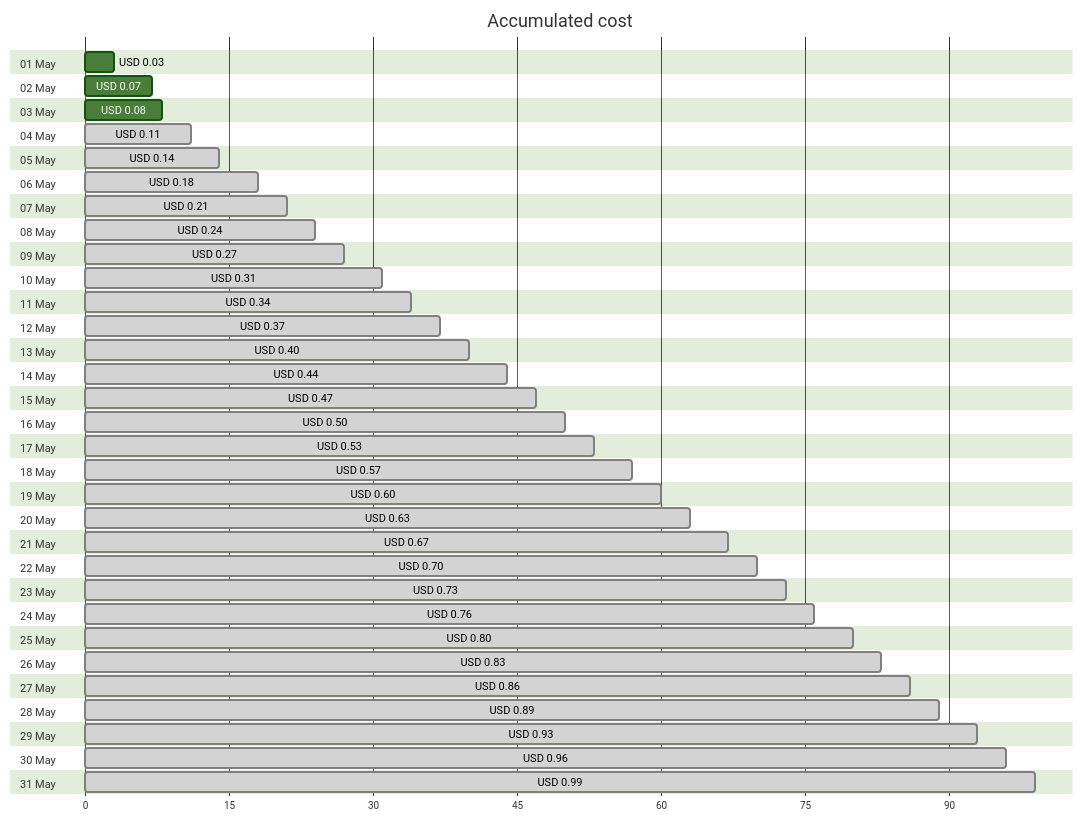
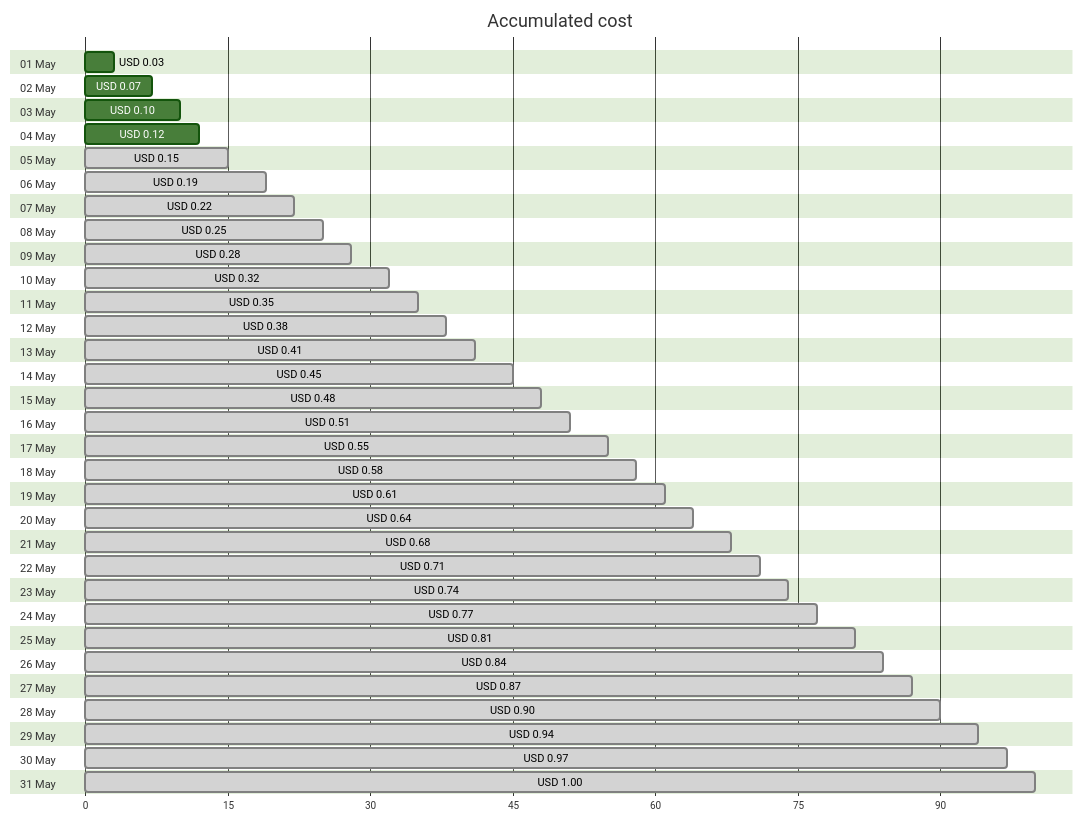
One commit to jpfulton/azure-personal-reports changed the first of 4 diagrams in cost-reports/personal-dns/README.md. Above: the diagram before and after it, drawn with Mermaid (forest theme). The commit also changed other lines of this file and 2 other files, not shown here.

Commit message:
Generated reports [skip ci]

````diff
--- a/cost-reports/personal-dns/README.md
+++ b/cost-reports/personal-dns/README.md
@@ -20,68 +20,68 @@
 ```mermaid
 gantt
    title Accumulated cost
    dateFormat  X
    axisFormat %s
    section 01 May
    USD 0.03 :0, 3
    section 02 May
    USD 0.07 :0, 7
    section 03 May
-   USD 0.08 :0, 8
+   USD 0.10 :0, 10
    section 04 May
-   USD 0.11 : done, 0, 11
+   USD 0.12 :0, 12
    section 05 May
-   USD 0.14 : done, 0, 14
+   USD 0.15 : done, 0, 15
    section 06 May
-   USD 0.18 : done, 0, 18
+   USD 0.19 : done, 0, 19
    section 07 May
-   USD 0.21 : done, 0, 21
+   USD 0.22 : done, 0, 22
    section 08 May
-   USD 0.24 : done, 0, 24
+   USD 0.25 : done, 0, 25
    section 09 May
-   USD 0.27 : done, 0, 27
+   USD 0.28 : done, 0, 28
    section 10 May
-   USD 0.31 : done, 0, 31
+   USD 0.32 : done, 0, 32
    section 11 May
-   USD 0.34 : done, 0, 34
+   USD 0.35 : done, 0, 35
    section 12 May
-   USD 0.37 : done, 0, 37
+   USD 0.38 : done, 0, 38
    section 13 May
-   USD 0.40 : done, 0, 40
+   USD 0.41 : done, 0, 41
    section 14 May
-   USD 0.44 : done, 0, 44
+   USD 0.45 : done, 0, 45
    section 15 May
-   USD 0.47 : done, 0, 47
+   USD 0.48 : done, 0, 48
    section 16 May
-   USD 0.50 : done, 0, 50
+   USD 0.51 : done, 0, 51
    section 17 May
-   USD 0.53 : done, 0, 53
+   USD 0.55 : done, 0, 55
    section 18 May
-   USD 0.57 : done, 0, 57
+   USD 0.58 : done, 0, 58
    section 19 May
-   USD 0.60 : done, 0, 60
+   USD 0.61 : done, 0, 61
    section 20 May
-   USD 0.63 : done, 0, 63
+   USD 0.64 : done, 0, 64
    section 21 May
-   USD 0.67 : done, 0, 67
+   USD 0.68 : done, 0, 68
    section 22 May
-   USD 0.70 : done, 0, 70
+   USD 0.71 : done, 0, 71
    section 23 May
-   USD 0.73 : done, 0, 73
+   USD 0.74 : done, 0, 74
    section 24 May
-   USD 0.76 : done, 0, 76
+   USD 0.77 : done, 0, 77
    section 25 May
-   USD 0.80 : done, 0, 80
+   USD 0.81 : done, 0, 81
    section 26 May
-   USD 0.83 : done, 0, 83
+   USD 0.84 : done, 0, 84
    section 27 May
-   USD 0.86 : done, 0, 86
+   USD 0.87 : done, 0, 87
    section 28 May
-   USD 0.89 : done, 0, 89
+   USD 0.90 : done, 0, 90
    section 29 May
-   USD 0.93 : done, 0, 93
+   USD 0.94 : done, 0, 94
    section 30 May
-   USD 0.96 : done, 0, 96
+   USD 0.97 : done, 0, 97
    section 31 May
-   USD 0.99 : done, 0, 99
+   USD 1.00 : done, 0, 100
 ```
````
